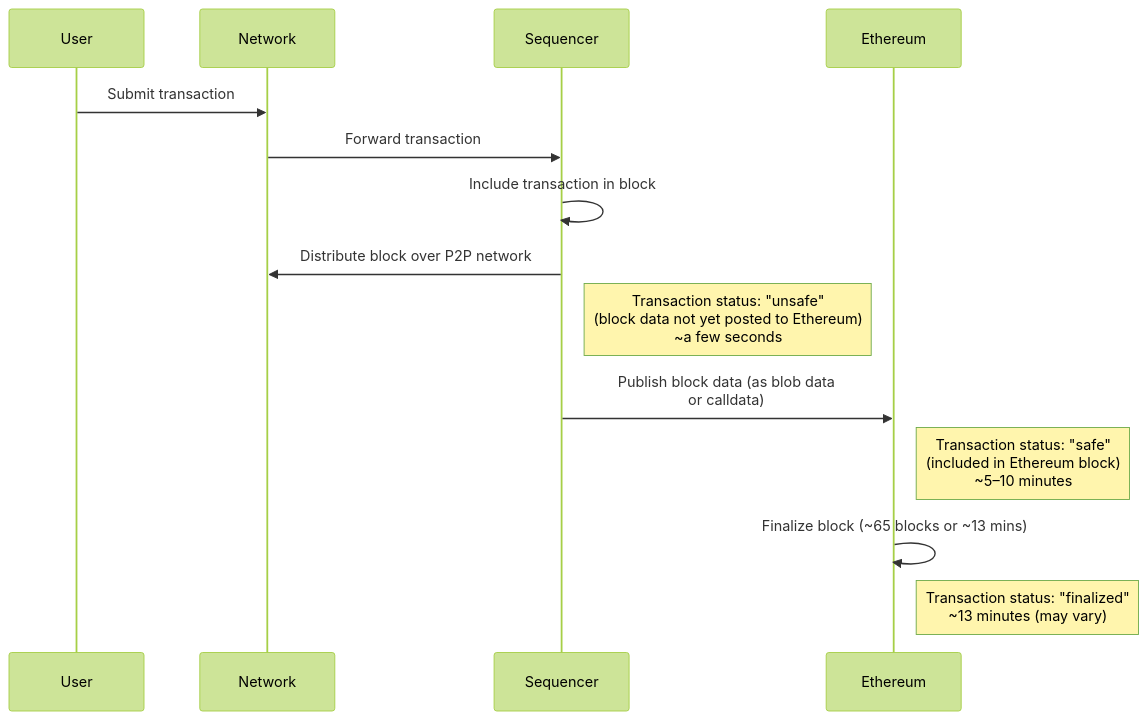
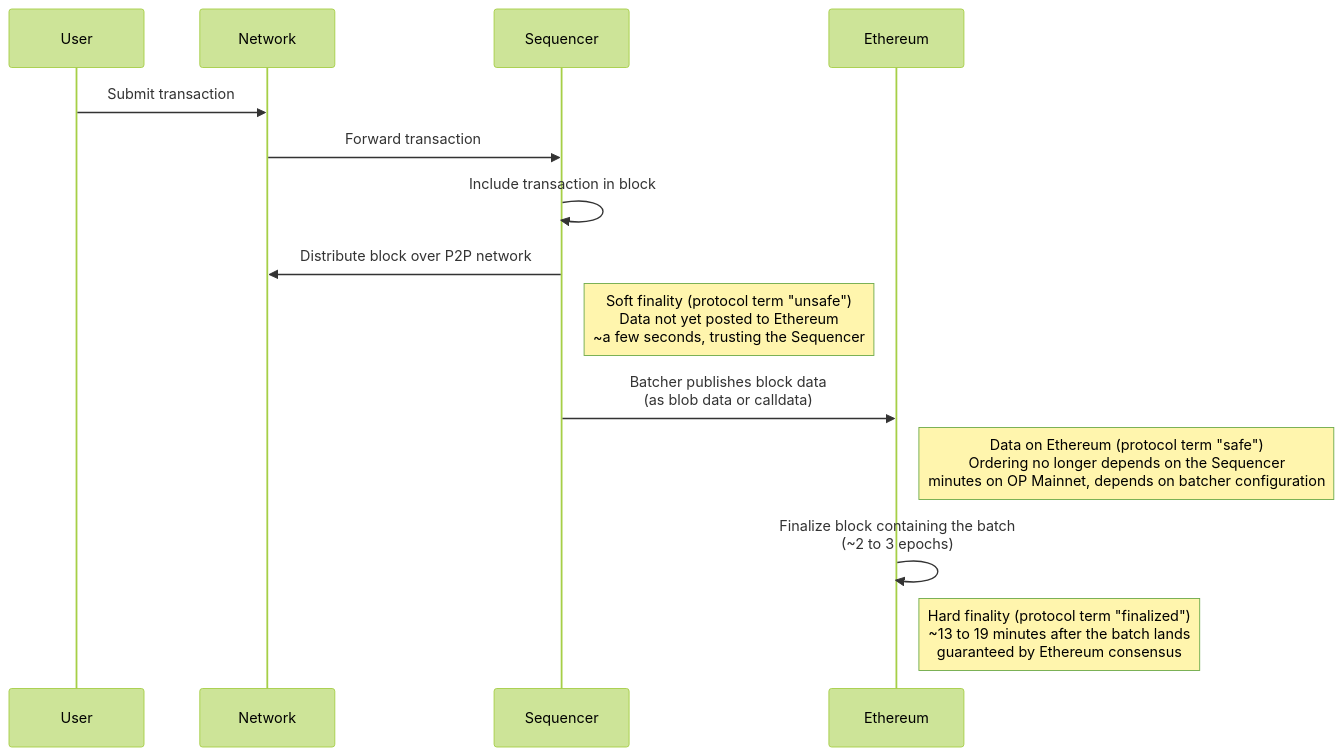
Before and after one commit to ethereum-optimism/optimism: the diagram in docs/public-docs/op-stack/transactions/transaction-finality.mdx, drawn with Mermaid (forest theme). The commit also changed other lines of this file and 3817 other files, not shown here.

````diff
--- a/docs/public-docs/op-stack/transactions/transaction-finality.mdx
+++ b/docs/public-docs/op-stack/transactions/transaction-finality.mdx
@@ -25,22 +46,19 @@
 ```mermaid
-
 sequenceDiagram
     participant User
     participant Network
     participant Sequencer
     participant Ethereum
 
     User->>Network: Submit transaction
     Network->>Sequencer: Forward transaction
     Sequencer->>Sequencer: Include transaction in block
     Sequencer->>Network: Distribute block over P2P network
-    Note right of Sequencer: Transaction status: "unsafe"<br>(block data not yet posted to Ethereum)<br>~a few seconds
+    Note right of Sequencer: Soft finality (protocol term "unsafe")<br/>Data not yet posted to Ethereum<br/>~a few seconds, trusting the Sequencer
 
-    Sequencer->>Ethereum: Publish block data (as blob data<br>or calldata)
-    Note right of Ethereum: Transaction status: "safe"<br>(included in Ethereum block)<br>~5–10 minutes
+    Sequencer->>Ethereum: Batcher publishes block data<br/>(as blob data or calldata)
+    Note right of Ethereum: Data on Ethereum (protocol term "safe")<br/>Ordering no longer depends on the Sequencer<br/>minutes on OP Mainnet, depends on batcher configuration
 
-    Ethereum->>Ethereum: Finalize block (~65 blocks or ~13 mins)
-    Note right of Ethereum: Transaction status: "finalized"<br>~13 minutes (may vary)
-
-
+    Ethereum->>Ethereum: Finalize block containing the batch<br/>(~2 to 3 epochs)
+    Note right of Ethereum: Hard finality (protocol term "finalized")<br/>~13 to 19 minutes after the batch lands<br/>guaranteed by Ethereum consensus
 ```
````
